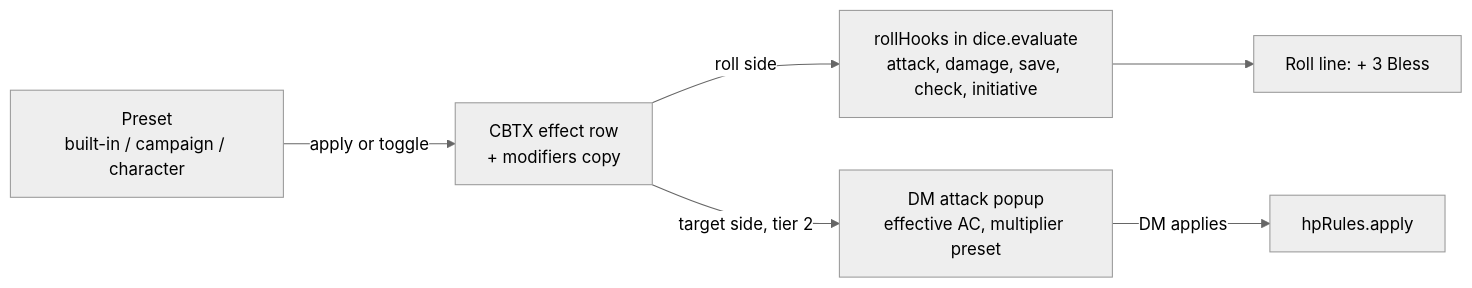
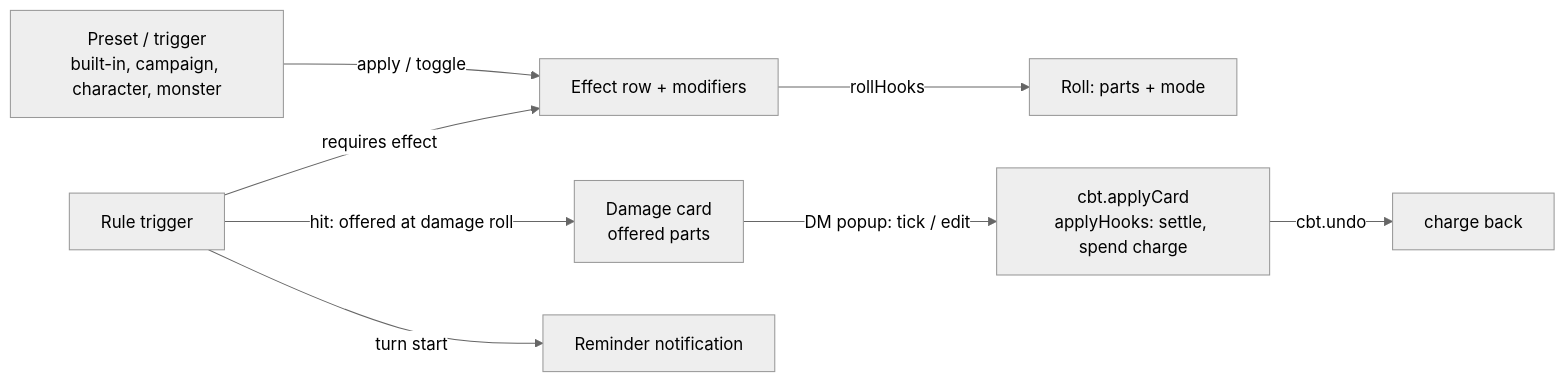
One commit to szymonbalasz/pocket-plane changed the first of 3 diagrams in docs/specs/effect-modifiers.md. Above: the diagram before and after it, drawn with Mermaid (neutral theme). The commit also changed other lines of this file and 1 other file, not shown here.

Commit message:
Specify MOD tiers 2-3 and rule triggers for sprint 3

````diff
--- a/docs/specs/effect-modifiers.md
+++ b/docs/specs/effect-modifiers.md
@@ -23,8 +21,10 @@
 ```mermaid
 flowchart LR
-  P[Preset<br/>built-in / campaign / character] -- apply or toggle --> E[CBTX effect row<br/>+ modifiers copy]
-  E -- roll side --> H[rollHooks in dice.evaluate<br/>attack, damage, save, check, initiative]
-  H --> L[Roll line: + 3 Bless]
-  E -- target side, tier 2 --> PU[DM attack popup<br/>effective AC, multiplier preset]
-  PU -- DM applies --> HP[hpRules.apply]
+  P[Preset / trigger<br/>built-in, campaign, character, monster] -- apply / toggle --> E[Effect row + modifiers]
+  E -- rollHooks --> R[Roll: parts + mode]
+  T[Rule trigger] -- requires effect --> E
+  T -- hit: offered at damage roll --> C[Damage card<br/>offered parts]
+  C -- DM popup: tick / edit --> A[cbt.applyCard<br/>applyHooks: settle, spend charge]
+  A -- cbt.undo --> U[charge back]
+  T -- turn start --> N[Reminder notification]
 ```
````
